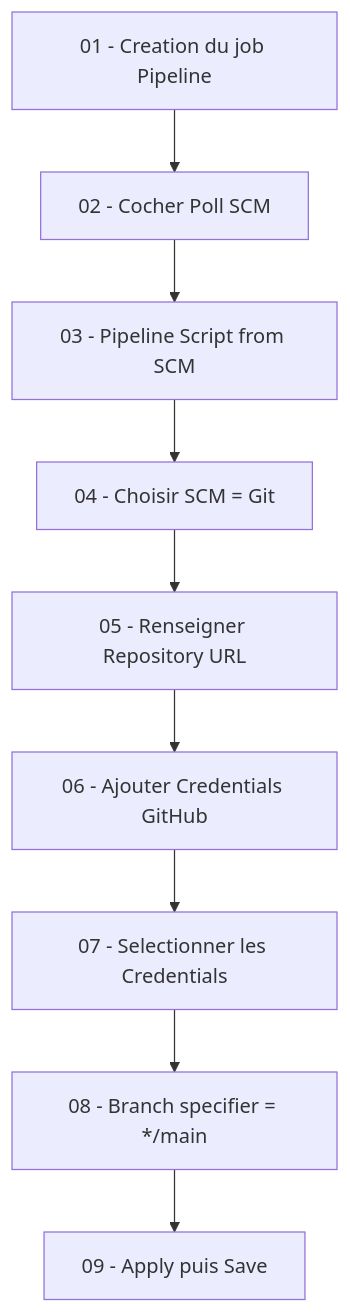
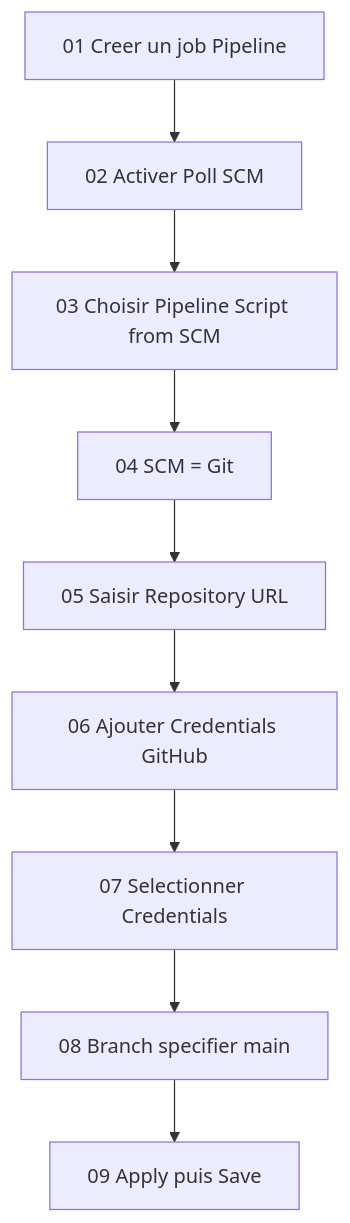
Before and after one commit to haythem-rehouma/deploiement-de-solutions-de-donnees: the second of 4 diagrams in 02-jenkins-ci-cd-maven/03.md, drawn with Mermaid. The commit also changed other lines of this file, not shown here.

````diff
--- a/02-jenkins-ci-cd-maven/03.md
+++ b/02-jenkins-ci-cd-maven/03.md
@@ -26,11 +46,11 @@
 ```mermaid
 flowchart TD
-    A[01 - Creation du job Pipeline] --> B[02 - Cocher Poll SCM]
-    B --> C[03 - Pipeline Script from SCM]
-    C --> D[04 - Choisir SCM = Git]
-    D --> E[05 - Renseigner Repository URL]
-    E --> F[06 - Ajouter Credentials GitHub]
-    F --> G[07 - Selectionner les Credentials]
-    G --> H[08 - Branch specifier = */main]
-    H --> I[09 - Apply puis Save]
+    A[01 Creer un job Pipeline] --> B[02 Activer Poll SCM]
+    B --> C[03 Choisir Pipeline Script from SCM]
+    C --> D[04 SCM = Git]
+    D --> E[05 Saisir Repository URL]
+    E --> F[06 Ajouter Credentials GitHub]
+    F --> G[07 Selectionner Credentials]
+    G --> H[08 Branch specifier main]
+    H --> I[09 Apply puis Save]
 ```
````
